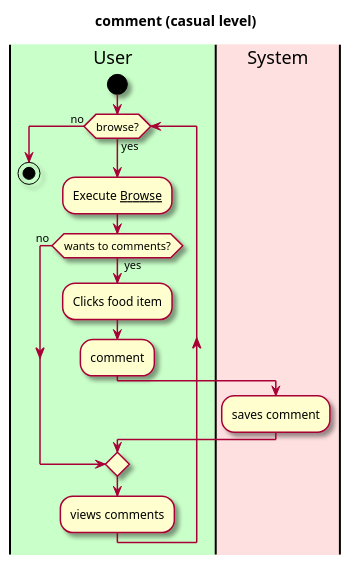
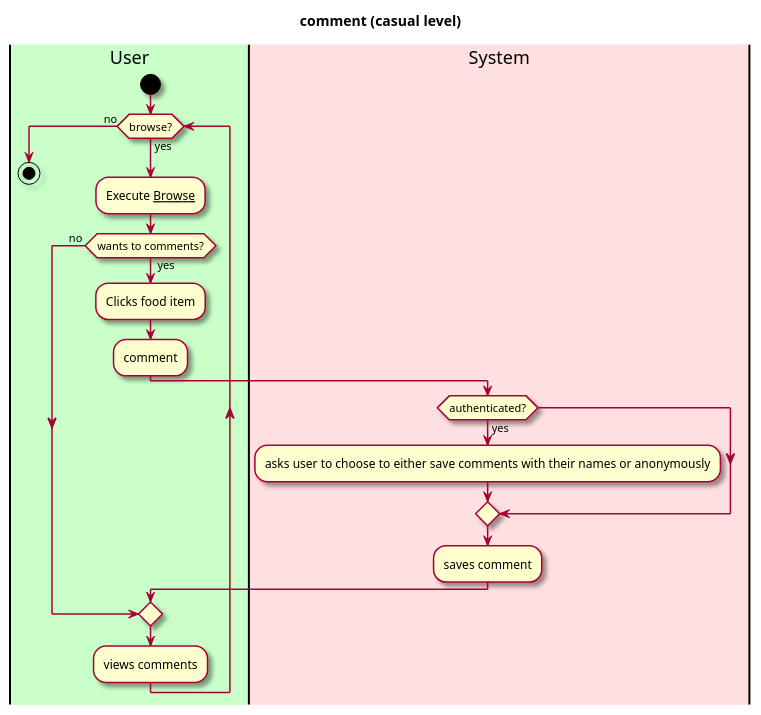
The diagram in intellij/doc/use-cases/use-case-comment.md (EzekielEkanem/team-1d), drawn with PlantUML before and after one commit. The commit also changed 7 other files, not shown here.

````diff
--- a/intellij/doc/use-cases/use-case-comment.md
+++ b/intellij/doc/use-cases/use-case-comment.md
@@ -23,36 +23,40 @@
 ```plantuml
 @startuml
 
 skin rose
 
 title comment (casual level)
 
 'define the lanes
 
 |#technology|User|
 |#implementation|System|
 
 
 |User|
 
 start
 
 while (browse?) is (yes) 
     :Execute __Browse__;
     if (wants to comments?) is  ( yes ) then
         :Clicks food item;
         :comment;
         |System|
+        if (authenticated?) is (yes) then
+            :asks user to choose to either save comments with their names or anonymously;
+        else
+        endif
         :saves comment;
     else ( no ) 
     endif  
     
     
 
 |User|
 :views comments;
 endwhile(no)
 
 stop
 @enduml
 ```
````
